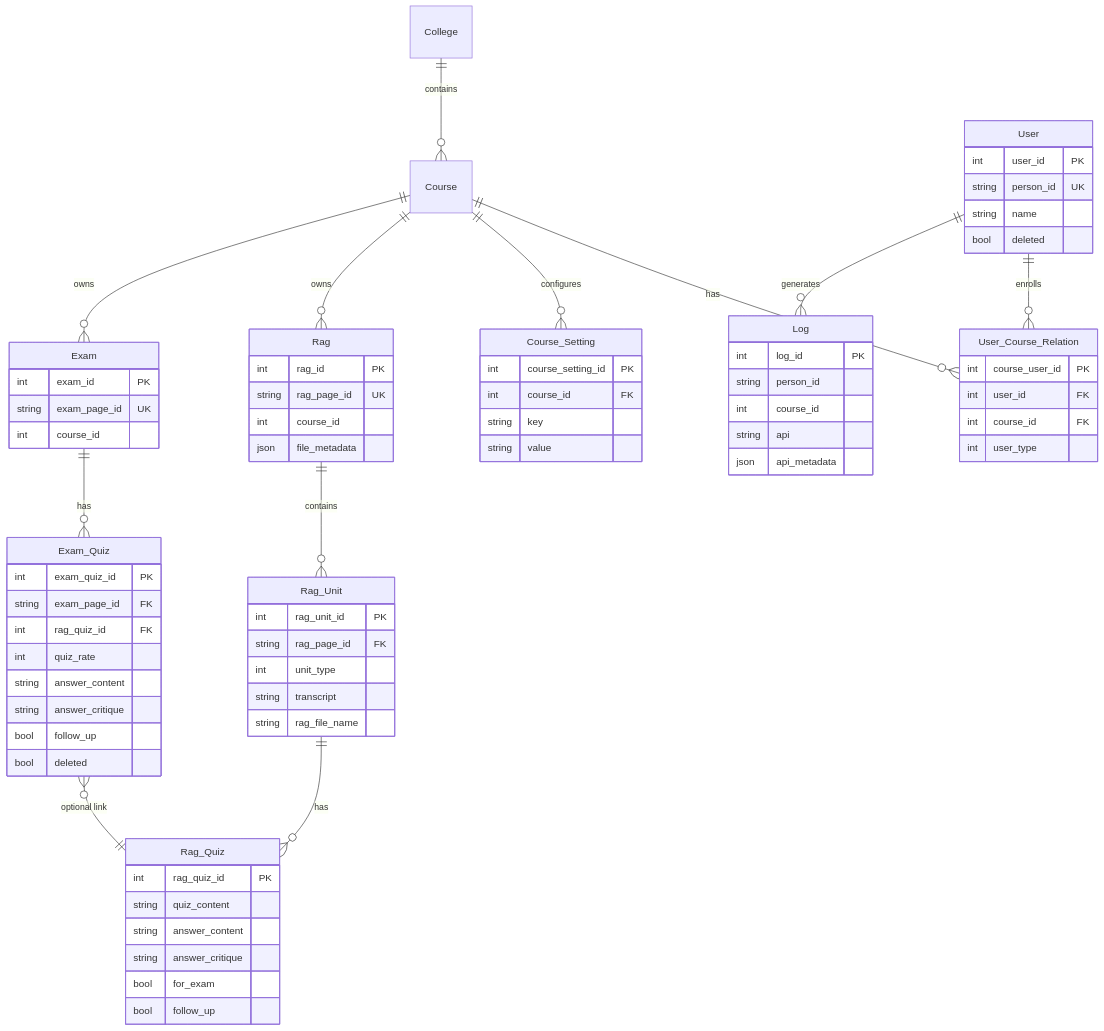
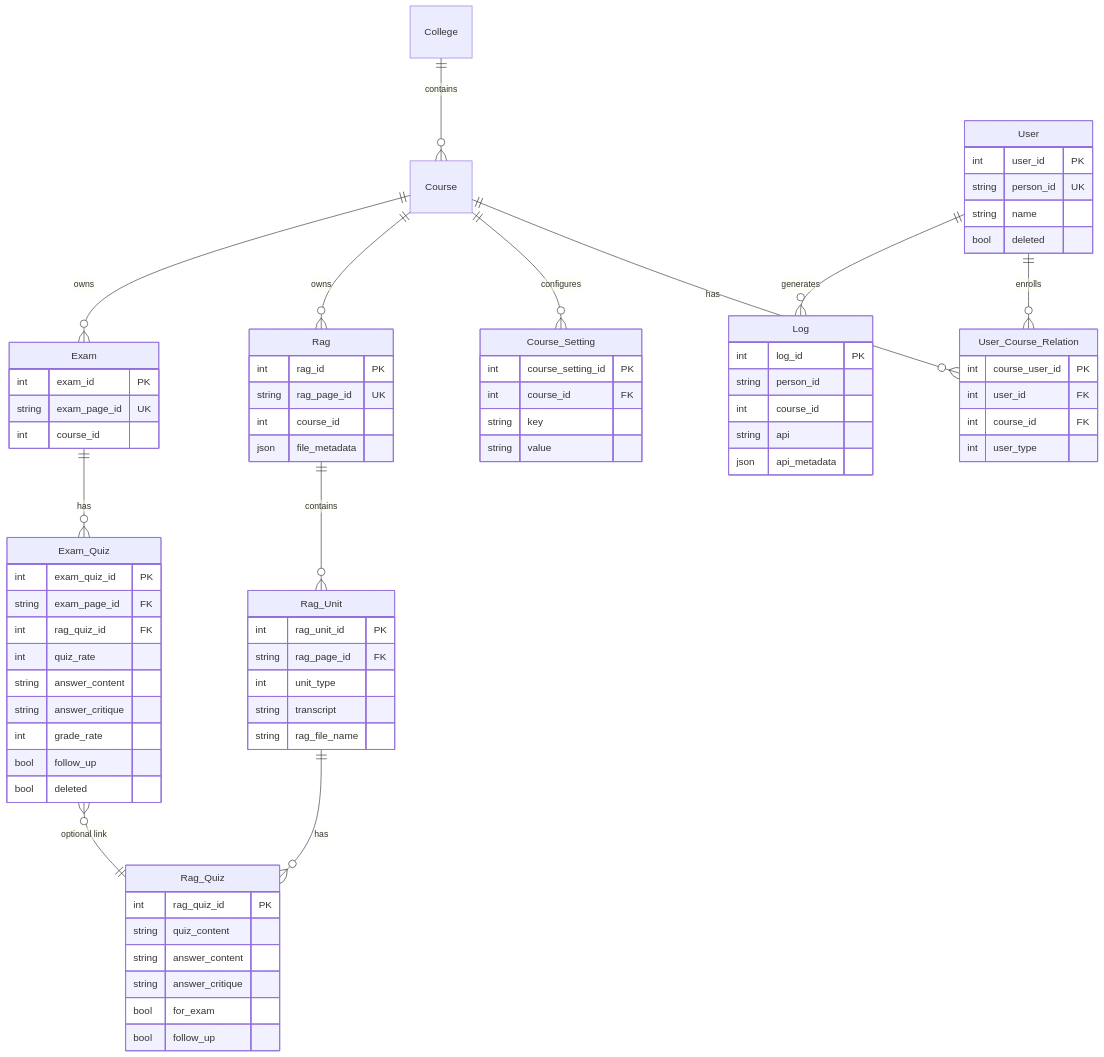
The third of 6 diagrams in README.md (kevin7261/MyQuiz-ai-backend), drawn with Mermaid before and after one commit. The commit also changed other lines of this file and 4 other files, not shown here.

First line of the commit message:
Enhance Exam Quiz functionality with grade rate support

````diff
--- a/README.md
+++ b/README.md
@@ -228,76 +228,77 @@
 ```mermaid
 erDiagram
     College ||--o{ Course : contains
     User ||--o{ User_Course_Relation : enrolls
     Course ||--o{ User_Course_Relation : has
     Course ||--o{ Course_Setting : configures
     Course ||--o{ Rag : owns
     Rag ||--o{ Rag_Unit : contains
     Rag_Unit ||--o{ Rag_Quiz : has
     Course ||--o{ Exam : owns
     Exam ||--o{ Exam_Quiz : has
     Exam_Quiz }o--|| Rag_Quiz : "optional link"
     User ||--o{ Log : generates
 
     User {
         int user_id PK
         string person_id UK
         string name
         bool deleted
     }
     User_Course_Relation {
         int course_user_id PK
         int user_id FK
         int course_id FK
         int user_type
     }
     Rag {
         int rag_id PK
         string rag_page_id UK
         int course_id
         json file_metadata
     }
     Rag_Unit {
         int rag_unit_id PK
         string rag_page_id FK
         int unit_type
         string transcript
         string rag_file_name
     }
     Rag_Quiz {
         int rag_quiz_id PK
         string quiz_content
         string answer_content
         string answer_critique
         bool for_exam
         bool follow_up
     }
     Exam {
         int exam_id PK
         string exam_page_id UK
         int course_id
     }
     Exam_Quiz {
         int exam_quiz_id PK
         string exam_page_id FK
         int rag_quiz_id FK
         int quiz_rate
         string answer_content
         string answer_critique
+        int grade_rate
         bool follow_up
         bool deleted
     }
     Course_Setting {
         int course_setting_id PK
         int course_id FK
         string key
         string value
     }
     Log {
         int log_id PK
         string person_id
         int course_id
         string api
         json api_metadata
     }
 ```
````
